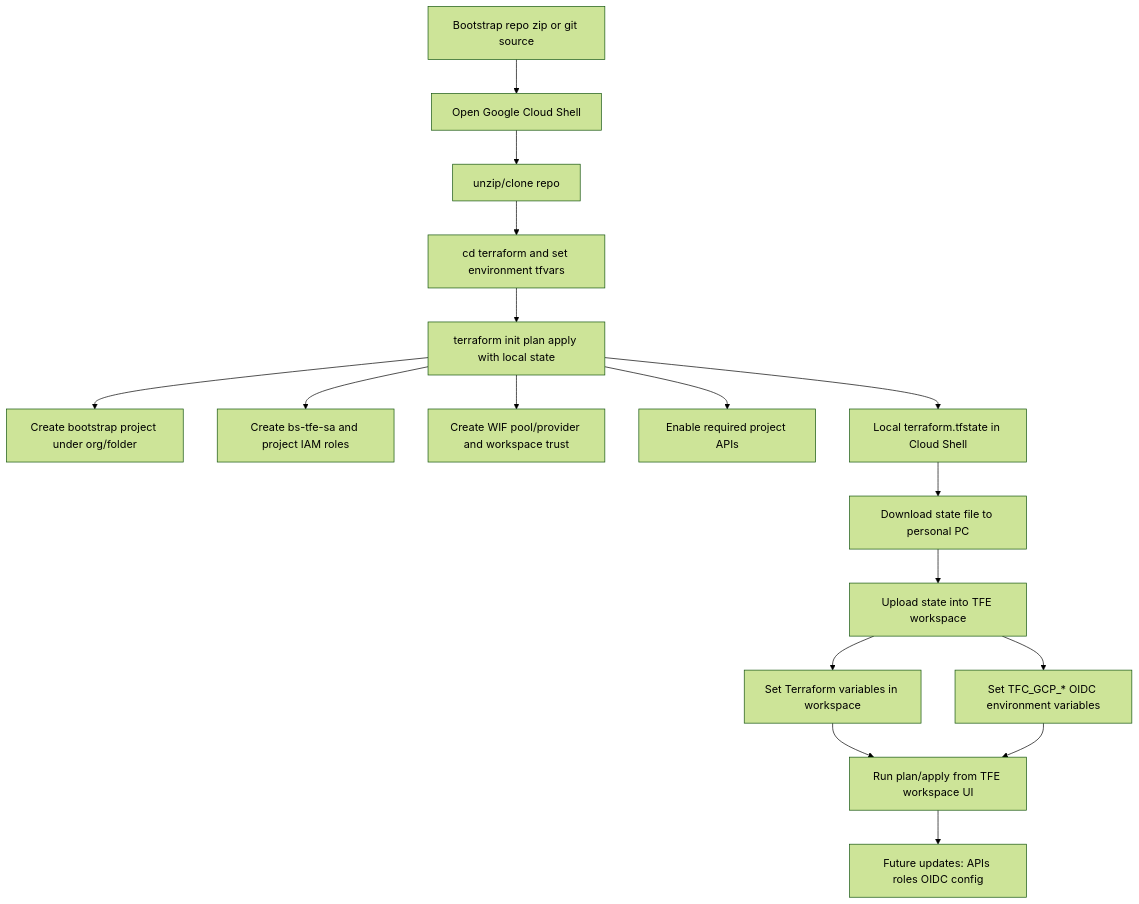
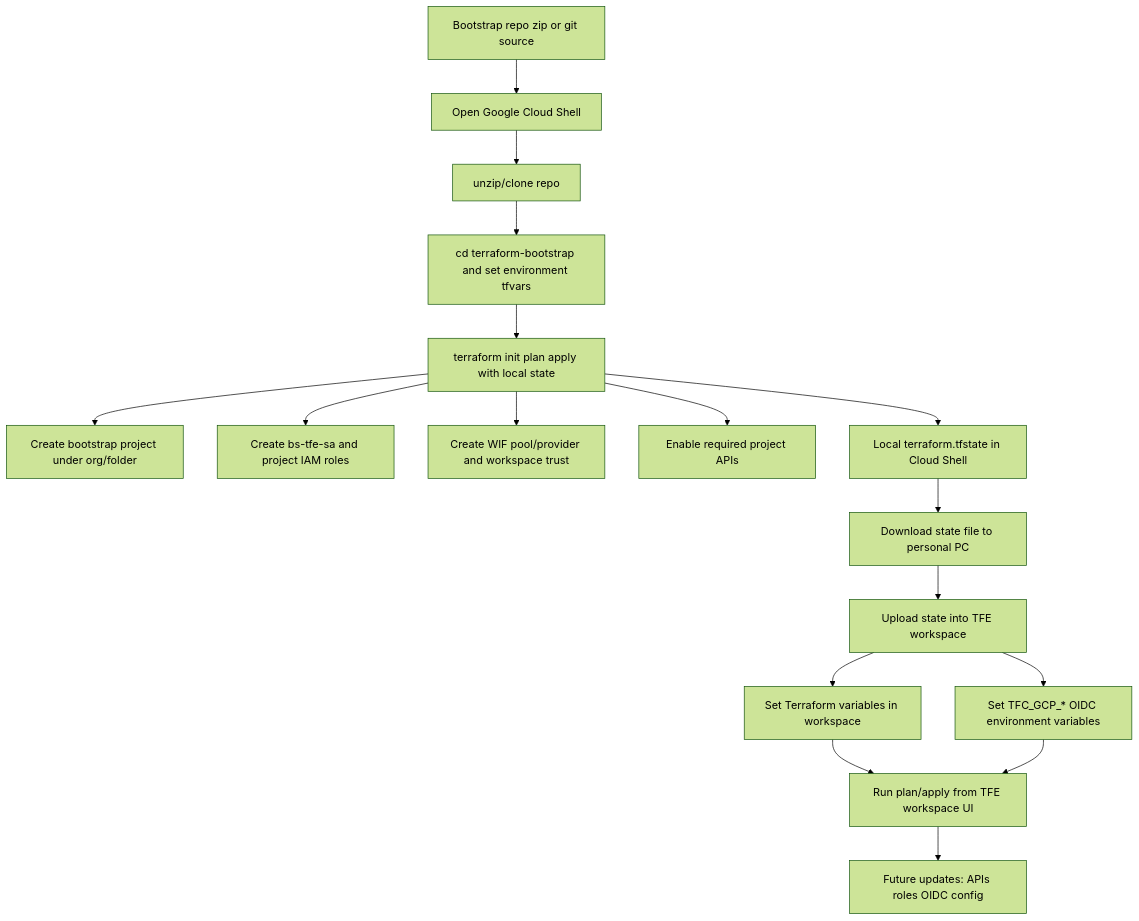
Before and after one commit to UttamGiri/GCP-Bootstrap: the diagram in BOOTSTRAP-FLOW.md, drawn with Mermaid (forest theme). The commit also changed other lines of this file and 12 other files, not shown here.

````diff
--- a/BOOTSTRAP-FLOW.md
+++ b/BOOTSTRAP-FLOW.md
@@ -3,24 +3,24 @@
 ```mermaid
 flowchart TD
     A[Bootstrap repo zip or git source]
     A --> B[Open Google Cloud Shell]
     B --> C[unzip/clone repo]
-    C --> D[cd terraform and set environment tfvars]
+    C --> D[cd terraform-bootstrap and set environment tfvars]
     D --> E[terraform init plan apply with local state]
 
     E --> P[Create bootstrap project under org/folder]
     E --> S[Create bs-tfe-sa and project IAM roles]
     E --> W[Create WIF pool/provider and workspace trust]
     E --> API[Enable required project APIs]
 
     E --> L[Local terraform.tfstate in Cloud Shell]
     L --> DL[Download state file to personal PC]
     DL --> UP[Upload state into TFE workspace]
 
     UP --> TV[Set Terraform variables in workspace]
     UP --> EV[Set TFC_GCP_* OIDC environment variables]
     TV --> RUN[Run plan/apply from TFE workspace UI]
     EV --> RUN
 
     RUN --> U[Future updates: APIs roles OIDC config]
 ```
````
